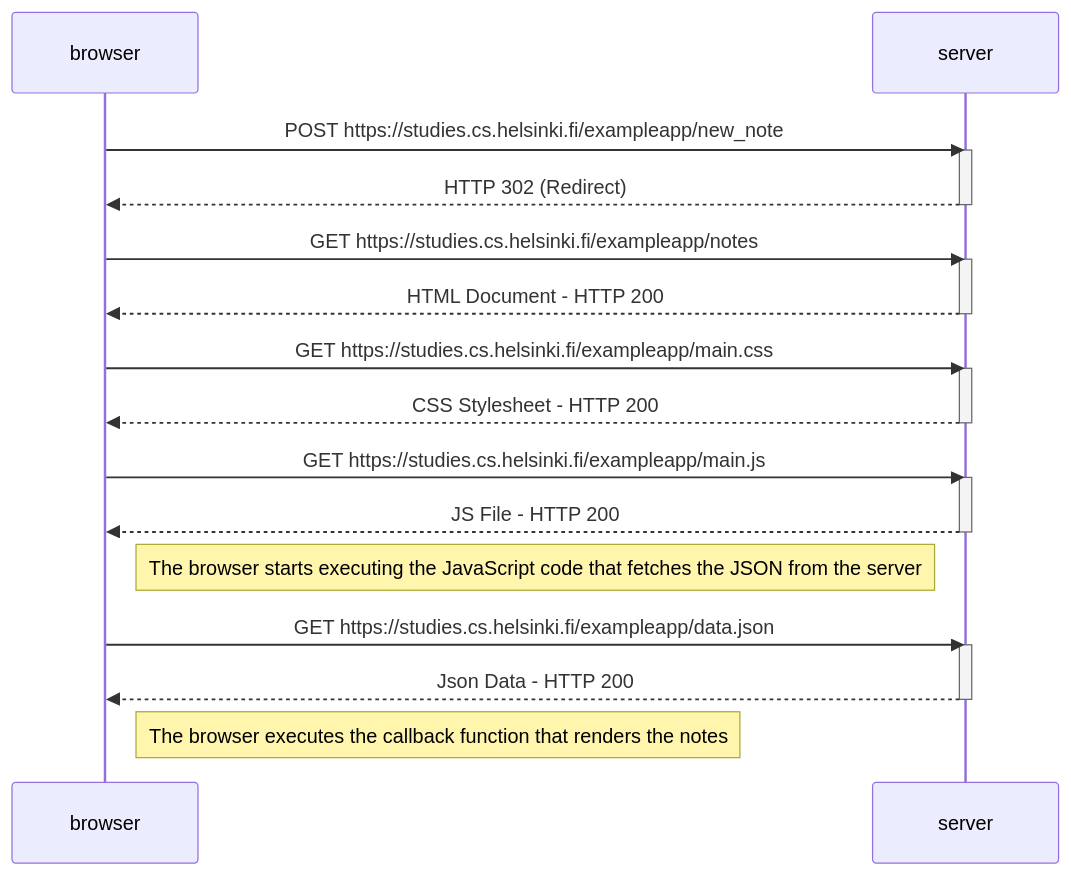
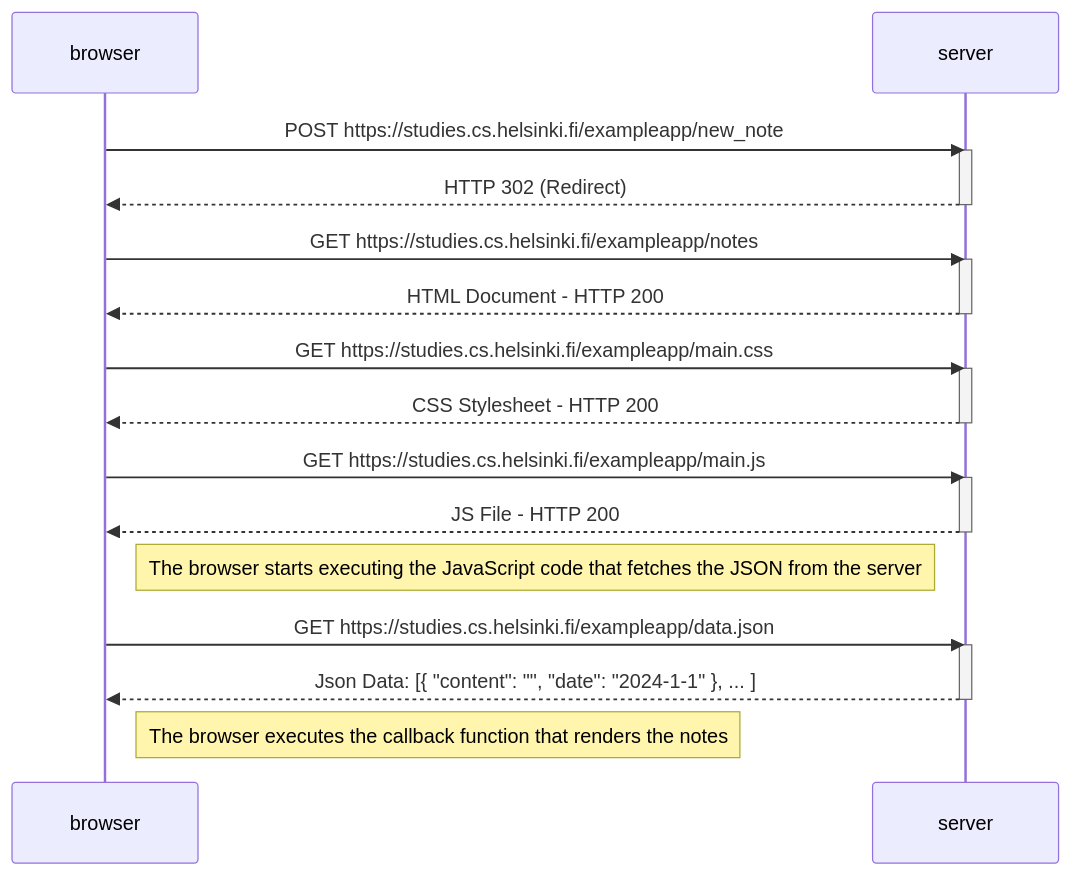
Before and after one commit to angelmotta/fullstackopen: the diagram in part0/0.4-NewNoteDiagram/newNote.md, drawn with Mermaid.

Commit message:
indicate json sample data

````diff
--- a/part0/0.4-NewNoteDiagram/newNote.md
+++ b/part0/0.4-NewNoteDiagram/newNote.md
@@ -7,34 +7,34 @@
 ```mermaid
 sequenceDiagram
 participant browser
 participant server
 
     browser->>server: POST https://studies.cs.helsinki.fi/exampleapp/new_note
     activate server
     server-->>browser: HTTP 302 (Redirect)
     deactivate server
 
     browser->>server: GET https://studies.cs.helsinki.fi/exampleapp/notes
     activate server
     server-->>browser: HTML Document - HTTP 200
     deactivate server
 
     browser->>server: GET https://studies.cs.helsinki.fi/exampleapp/main.css
     activate server
     server-->>browser: CSS Stylesheet - HTTP 200
     deactivate server
 
     browser->>server: GET https://studies.cs.helsinki.fi/exampleapp/main.js
     activate server
     server-->>browser: JS File - HTTP 200
     deactivate server
 
     Note right of browser: The browser starts executing the JavaScript code that fetches the JSON from the server
 
     browser->>server: GET https://studies.cs.helsinki.fi/exampleapp/data.json
     activate server
-    server-->>browser: Json Data - HTTP 200
+    server-->>browser: Json Data: [{ "content": "", "date": "2024-1-1" }, ... ]
     deactivate server
 
     Note right of browser: The browser executes the callback function that renders the notes
 ```
````
